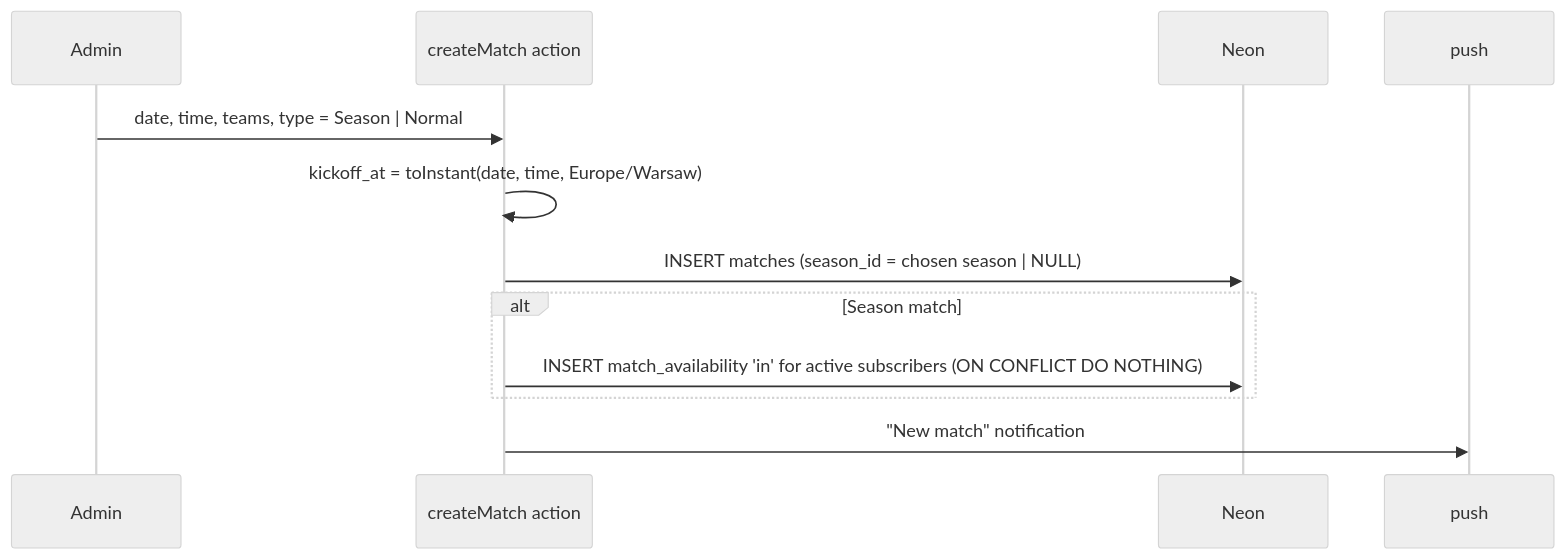
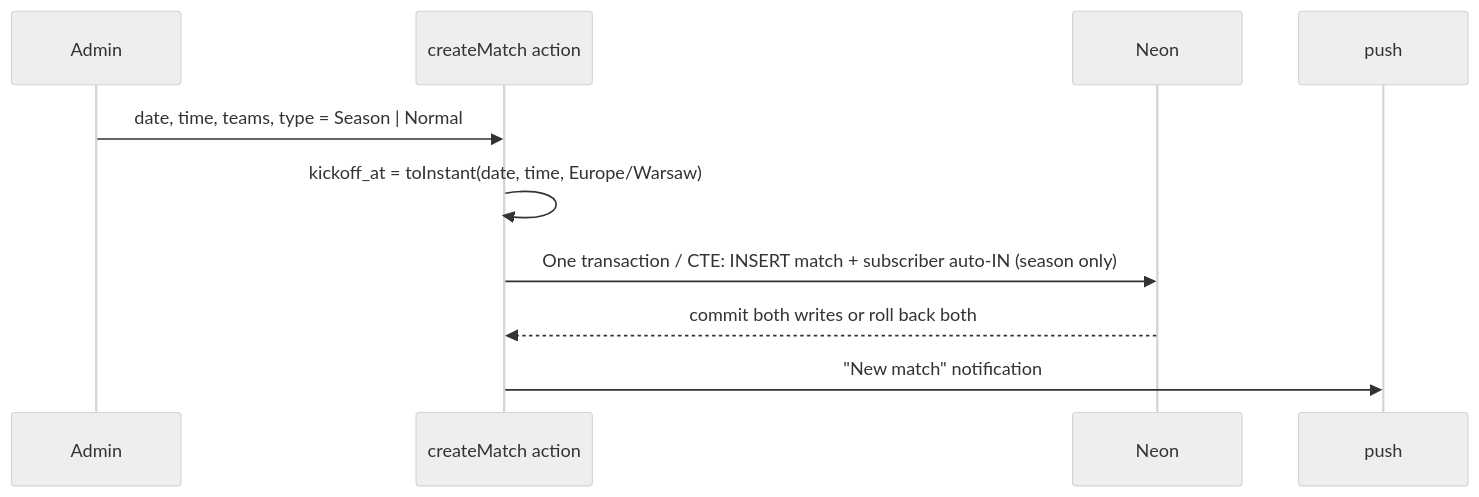
One commit to MarwanTaher/Sideline changed the eighth of 14 diagrams in docs/ARCHITECTURE.md. Above: the diagram before and after it, drawn with Mermaid (neutral theme). The commit also changed other lines of this file and 85 other files, not shown here.

First line of the commit message:
Complete roadmap phases 3–5 and add recorded matchday moments

````diff
--- a/docs/ARCHITECTURE.md
+++ b/docs/ARCHITECTURE.md
@@ -335,15 +336,13 @@
 ```mermaid
 sequenceDiagram
   participant Ad as Admin
   participant A as createMatch action
   participant DB as Neon
   participant Pu as push
 
   Ad->>A: date, time, teams, type = Season | Normal
   A->>A: kickoff_at = toInstant(date, time, Europe/Warsaw)
-  A->>DB: INSERT matches (season_id = chosen season | NULL)
-  alt Season match
-    A->>DB: INSERT match_availability 'in' for active subscribers (ON CONFLICT DO NOTHING)
-  end
+  A->>DB: One transaction / CTE: INSERT match + subscriber auto-IN (season only)
+  DB-->>A: commit both writes or roll back both
   A->>Pu: "New match" notification
 ```
````
